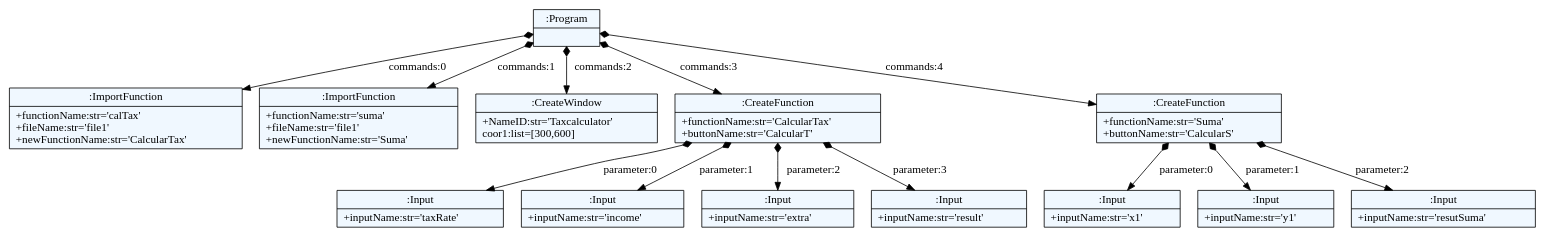
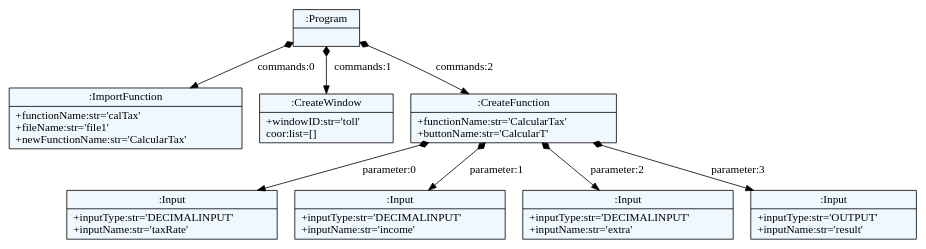
One commit to joseamoroso/easgui changed the diagram in program.dot. Above: the diagram before and after it, drawn with Graphviz. The commit also changed 13 other files, not shown here.

```diff
--- a/program.dot
+++ b/program.dot
@@ -1,40 +1,30 @@
 
     digraph textX {
     fontname = "Bitstream Vera Sans"
     fontsize = 8
     node[
         shape=record,
         style=filled,
         fillcolor=aliceblue
     ]
     nodesep = 0.3
     edge[dir=black,arrowtail=empty]
 
 
-2664547515976 -> 2664547627784 [label="commands:0" arrowtail=diamond dir=both]
-2664547627784[label="{:ImportFunction|+functionName:str='calTax'\l+fileName:str='file1'\l+newFunctionName:str='CalcularTax'\l}"]
-2664547515976 -> 2664547629896 [label="commands:1" arrowtail=diamond dir=both]
-2664547629896[label="{:ImportFunction|+functionName:str='suma'\l+fileName:str='file1'\l+newFunctionName:str='Suma'\l}"]
-2664547515976 -> 2664547630664 [label="commands:2" arrowtail=diamond dir=both]
-2664547630664[label="{:CreateWindow|+NameID:str='Taxcalculator'\lcoor1:list=[300,600]\l}"]
-2664547515976 -> 2664547630280 [label="commands:3" arrowtail=diamond dir=both]
-2664547630280 -> 2664547614536 [label="parameter:0" arrowtail=diamond dir=both]
-2664547614536[label="{:Input|+inputName:str='taxRate'\l}"]
-2664547630280 -> 2664547614472 [label="parameter:1" arrowtail=diamond dir=both]
-2664547614472[label="{:Input|+inputName:str='income'\l}"]
-2664547630280 -> 2664547614088 [label="parameter:2" arrowtail=diamond dir=both]
-2664547614088[label="{:Input|+inputName:str='extra'\l}"]
-2664547630280 -> 2664547614024 [label="parameter:3" arrowtail=diamond dir=both]
-2664547614024[label="{:Input|+inputName:str='result'\l}"]
-2664547630280[label="{:CreateFunction|+functionName:str='CalcularTax'\l+buttonName:str='CalcularT'\l}"]
-2664547515976 -> 2664547629320 [label="commands:4" arrowtail=diamond dir=both]
-2664547629320 -> 2664547613896 [label="parameter:0" arrowtail=diamond dir=both]
-2664547613896[label="{:Input|+inputName:str='x1'\l}"]
-2664547629320 -> 2664547614344 [label="parameter:1" arrowtail=diamond dir=both]
-2664547614344[label="{:Input|+inputName:str='y1'\l}"]
-2664547629320 -> 2664547613640 [label="parameter:2" arrowtail=diamond dir=both]
-2664547613640[label="{:Input|+inputName:str='resutSuma'\l}"]
-2664547629320[label="{:CreateFunction|+functionName:str='Suma'\l+buttonName:str='CalcularS'\l}"]
-2664547515976[label="{:Program|}"]
+2112977733704 -> 2112977739080 [label="commands:0" arrowtail=diamond dir=both]
+2112977739080[label="{:ImportFunction|+functionName:str='calTax'\l+fileName:str='file1'\l+newFunctionName:str='CalcularTax'\l}"]
+2112977733704 -> 2112977737480 [label="commands:1" arrowtail=diamond dir=both]
+2112977737480[label="{:CreateWindow|+windowID:str='toll'\lcoor:list=[]\l}"]
+2112977733704 -> 2112977736392 [label="commands:2" arrowtail=diamond dir=both]
+2112977736392 -> 2112977738504 [label="parameter:0" arrowtail=diamond dir=both]
+2112977738504[label="{:Input|+inputType:str='DECIMALINPUT'\l+inputName:str='taxRate'\l}"]
+2112977736392 -> 2112977739144 [label="parameter:1" arrowtail=diamond dir=both]
+2112977739144[label="{:Input|+inputType:str='DECIMALINPUT'\l+inputName:str='income'\l}"]
+2112977736392 -> 2112977739400 [label="parameter:2" arrowtail=diamond dir=both]
+2112977739400[label="{:Input|+inputType:str='DECIMALINPUT'\l+inputName:str='extra'\l}"]
+2112977736392 -> 2112977738632 [label="parameter:3" arrowtail=diamond dir=both]
+2112977738632[label="{:Input|+inputType:str='OUTPUT'\l+inputName:str='result'\l}"]
+2112977736392[label="{:CreateFunction|+functionName:str='CalcularTax'\l+buttonName:str='CalcularT'\l}"]
+2112977733704[label="{:Program|}"]
 
 }
```
